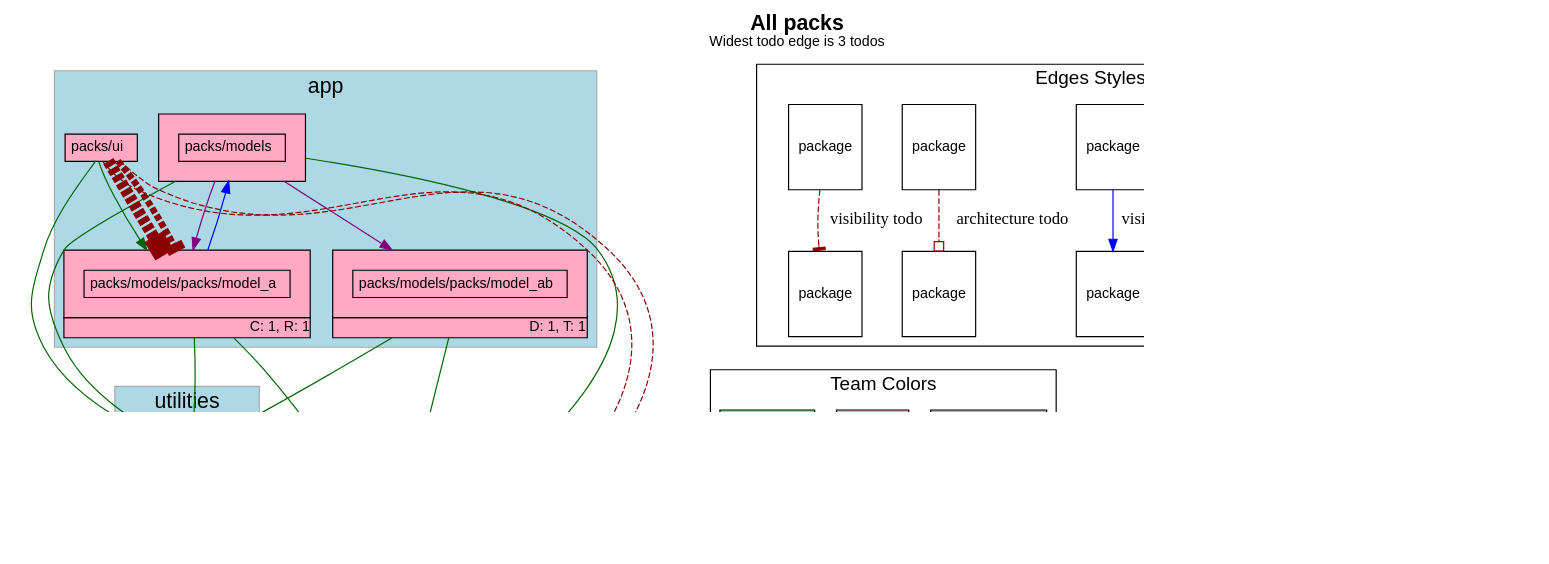
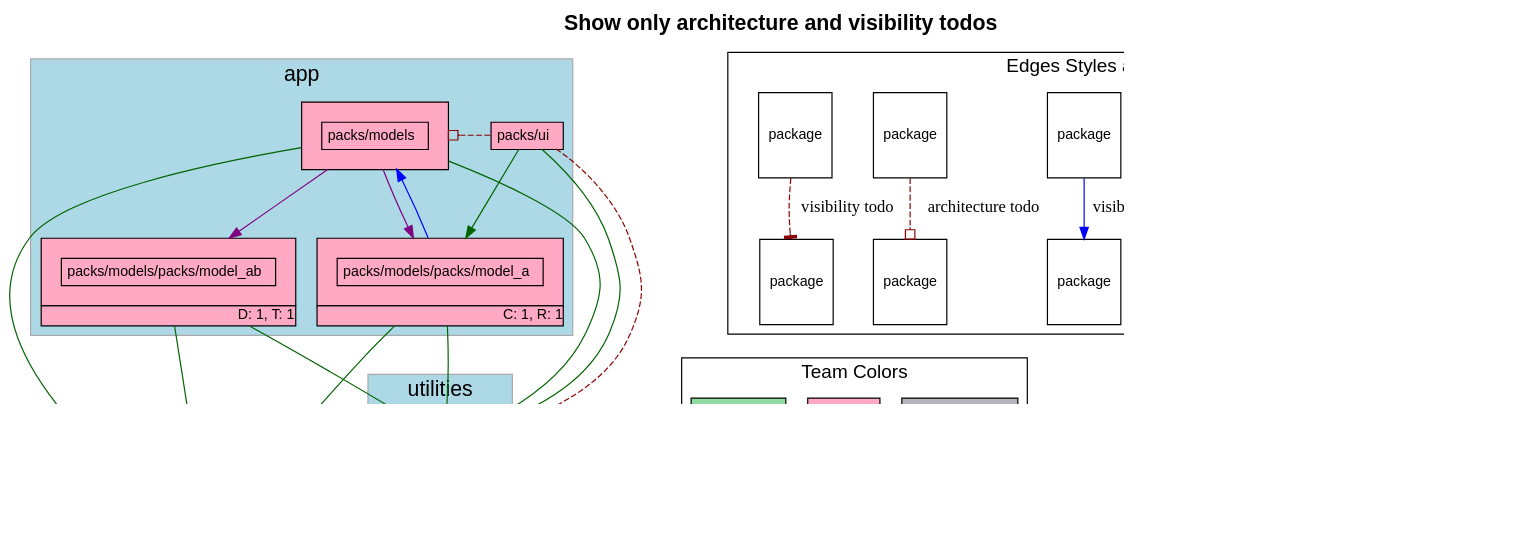
One commit to rubyatscale/visualize_packs changed the diagram in spec/sample_app1/test_output/relationship_todo_types.dot. Above: the diagram before and after it, drawn with Graphviz. The commit also changed 28 other files, not shown here.

```diff
--- a/spec/sample_app1/test_output/relationship_todo_types.dot
+++ b/spec/sample_app1/test_output/relationship_todo_types.dot
@@ -5,7 +5,7 @@
     fontname="Helvetica,Arial,sans-serif"
     dpi=100
     layout=dot
-    label=<<b>All packs</b><br/><font point-size='12'>Widest todo edge is 3 todos</font>>
+    label=<<b>Show only architecture and visibility todos</b>>
     fontsize=18
   ]
   node [
@@ -144,26 +144,16 @@
           "packs/models/packs/model_ab" -> "." [ color=darkgreen ]
           "packs/ui" -> "packs/models/packs/model_a" [ color=darkgreen ]
           "packs/ui" -> "packs/utility" [ color=darkgreen ]
-            "packs/ui" -> "." [
+            "packs/ui" -> "packs/utility" [
+                constraint=false
+              # headlabel="visibility"
+color=darkred style=dashed arrowhead=tee
+              penwidth=1            ]
+            "packs/ui" -> "packs/models" [
                 constraint=false
               # headlabel="architecture"
 color=darkred style=dashed arrowhead=obox
-              penwidth=1.0            ]
-            "packs/ui" -> "." [
-                constraint=false
-              # headlabel="visibility"
-color=darkred style=dashed arrowhead=tee
-              penwidth=1.0            ]
-            "packs/ui" -> "packs/models/packs/model_a" [
-                constraint=false
-              # headlabel="architecture"
-color=darkred style=dashed arrowhead=obox
-              penwidth=10.0            ]
-            "packs/ui" -> "packs/models/packs/model_a" [
-                constraint=false
-              # headlabel="visibility"
-color=darkred style=dashed arrowhead=tee
-              penwidth=5.5            ]
+              penwidth=1            ]
           "packs/models" -> "packs/models/packs/model_a" [ color=purple ]
           "packs/models" -> "packs/models/packs/model_ab" [ color=purple ]
         "packs/models/packs/model_a" -> "packs/models" [ color=blue constraint=false ]
@@ -173,12 +163,12 @@
       A [ fontsize=12 shape=box label="package"]
       B [ fontsize=12 shape=box label="package"]
       A -> B [label="accepted dependency" color=darkgreen]
-      K [ fontsize=12 shape=box label="package"]
-      L [ fontsize=12 shape=box label="package"]
-      K -> L [label="nested package" color=purple]
       M [ fontsize=12 shape=box label="package"]
       N [ fontsize=12 shape=box label="package"]
-      M -> N [label="visibile to" color=blue]
+      M -> N [label="nested package" color=purple]
+      O [ fontsize=12 shape=box label="package"]
+      P [ fontsize=12 shape=box label="package"]
+      O -> P [label="visibile to" color=blue]
       E [ fontsize=12 shape=box label="package"]
       F [ fontsize=12 shape=box label="package"]
       E -> F [label="architecture todo" color=darkred style=dashed arrowhead=obox]
```
